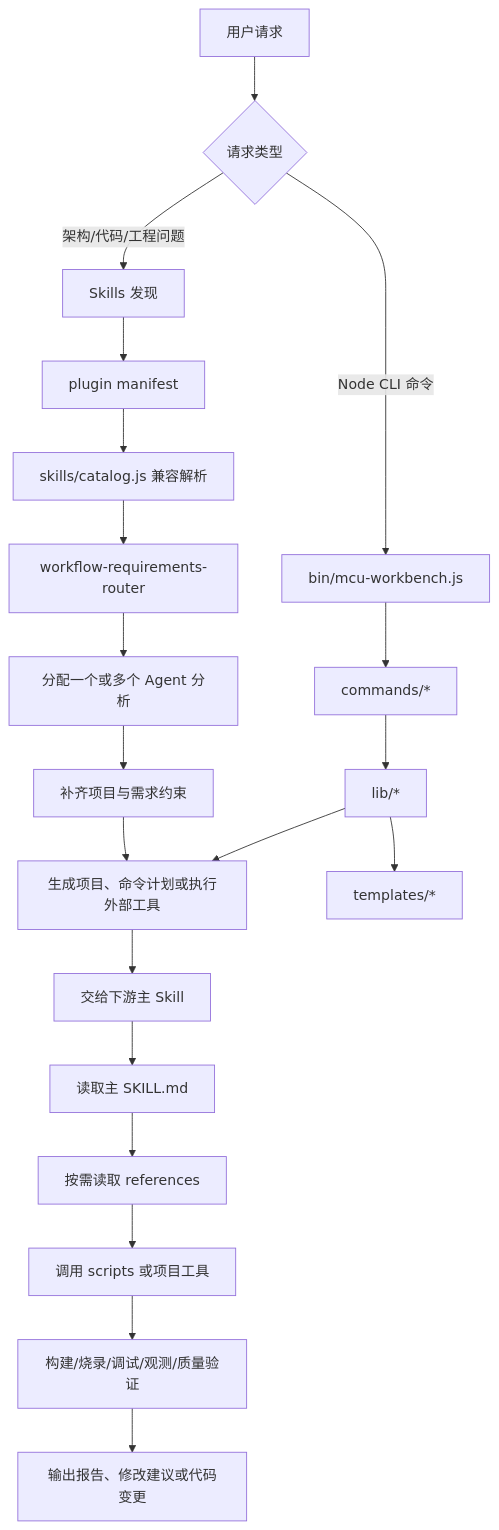
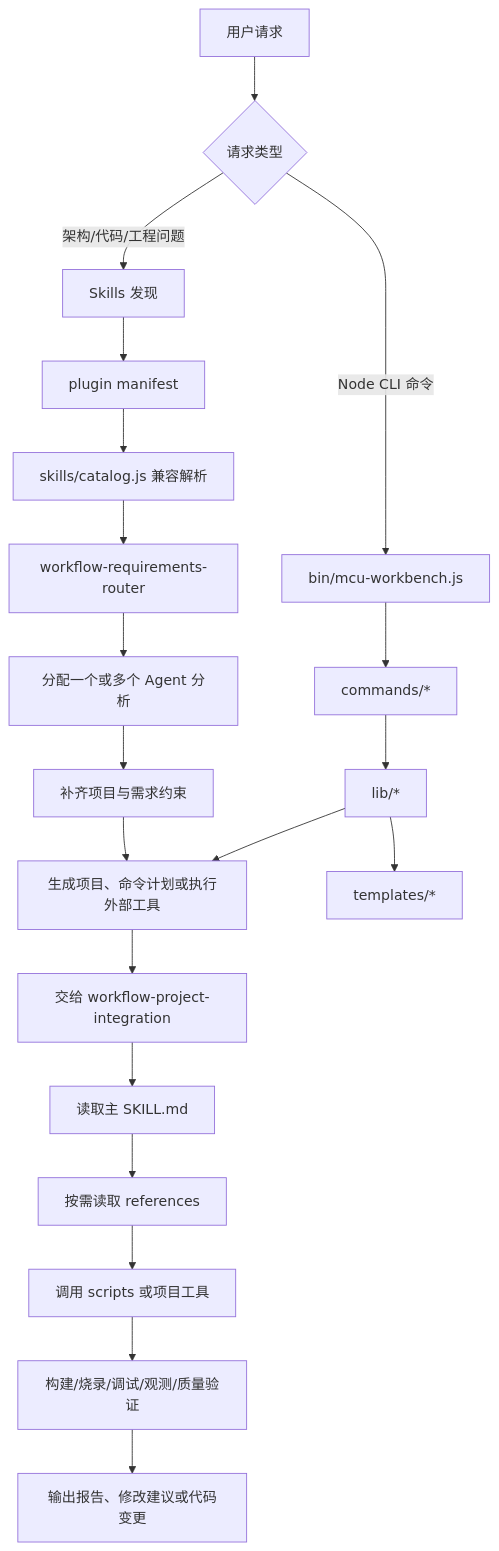
Before and after one commit to shuai-yemao/mcu-workbench: the first of 2 diagrams in docs/plugin-execution-flow.md, drawn with Mermaid. The commit also changed other lines of this file and 10 other files, not shown here.

First line of the commit message:
refactor(workflow): RCP 必经 workflow-project-integration 统一输入输出流程

````diff
--- a/docs/plugin-execution-flow.md
+++ b/docs/plugin-execution-flow.md
@@ -7,25 +7,25 @@
 ```mermaid
 flowchart TD
     U[用户请求] --> D{请求类型}
 
     D -->|架构/代码/工程问题| S0[Skills 发现]
     D -->|Node CLI 命令| N0[bin/mcu-workbench.js]
 
     S0 --> M[plugin manifest]
     M --> C[skills/catalog.js 兼容解析]
     C --> R[workflow-requirements-router]
     R --> A[分配一个或多个 Agent 分析]
     A --> Q[补齐项目与需求约束]
     Q --> P[生成需求约束包提示词]
-    P --> S[交给下游主 Skill]
+    P --> S[交给 workflow-project-integration]
     S --> G[读取主 SKILL.md]
     G --> Ref[按需读取 references]
     Ref --> Tool[调用 scripts 或项目工具]
     Tool --> V[构建/烧录/调试/观测/质量验证]
     V --> O[输出报告、修改建议或代码变更]
 
     N0 --> Cmd[commands/*]
     Cmd --> Lib[lib/*]
     Lib --> T[templates/*]
     Lib --> P[生成项目、命令计划或执行外部工具]
 ```
````
